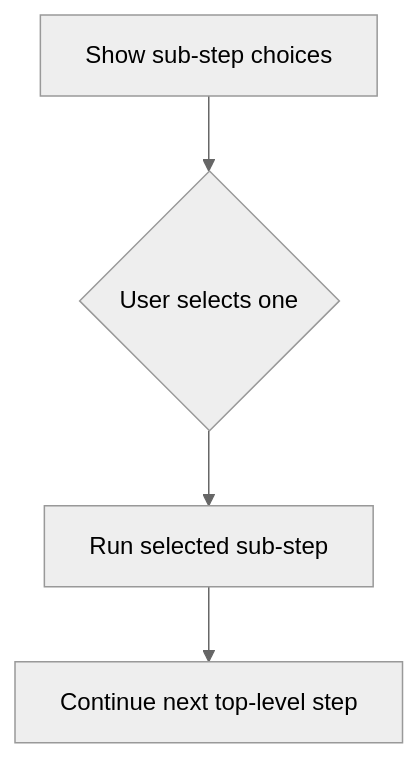
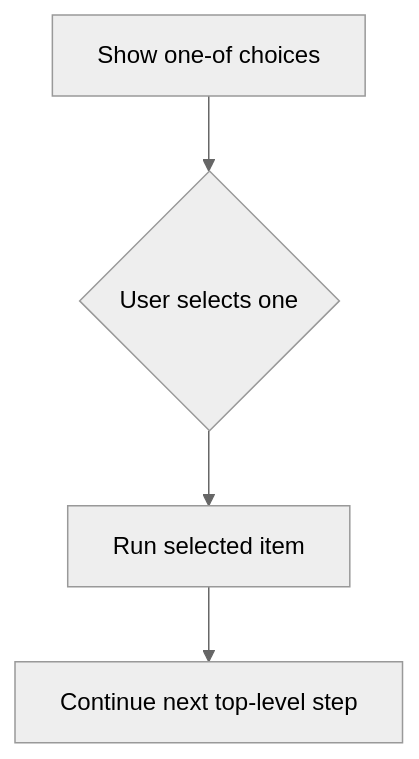
One commit to md-redwan-hossain/auto-gitflow changed the fifth of 5 diagrams in README.md. Above: the diagram before and after it, drawn with Mermaid (neutral theme). The commit also changed other lines of this file and 5 other files, not shown here.

````diff
--- a/README.md
+++ b/README.md
@@ -342,6 +305,6 @@
 ```mermaid
 flowchart TD
-    A[Show sub-step choices] --> B{User selects one}
-    B --> C[Run selected sub-step]
+    A[Show one-of choices] --> B{User selects one}
+    B --> C[Run selected item]
     C --> D[Continue next top-level step]
 ```
````
